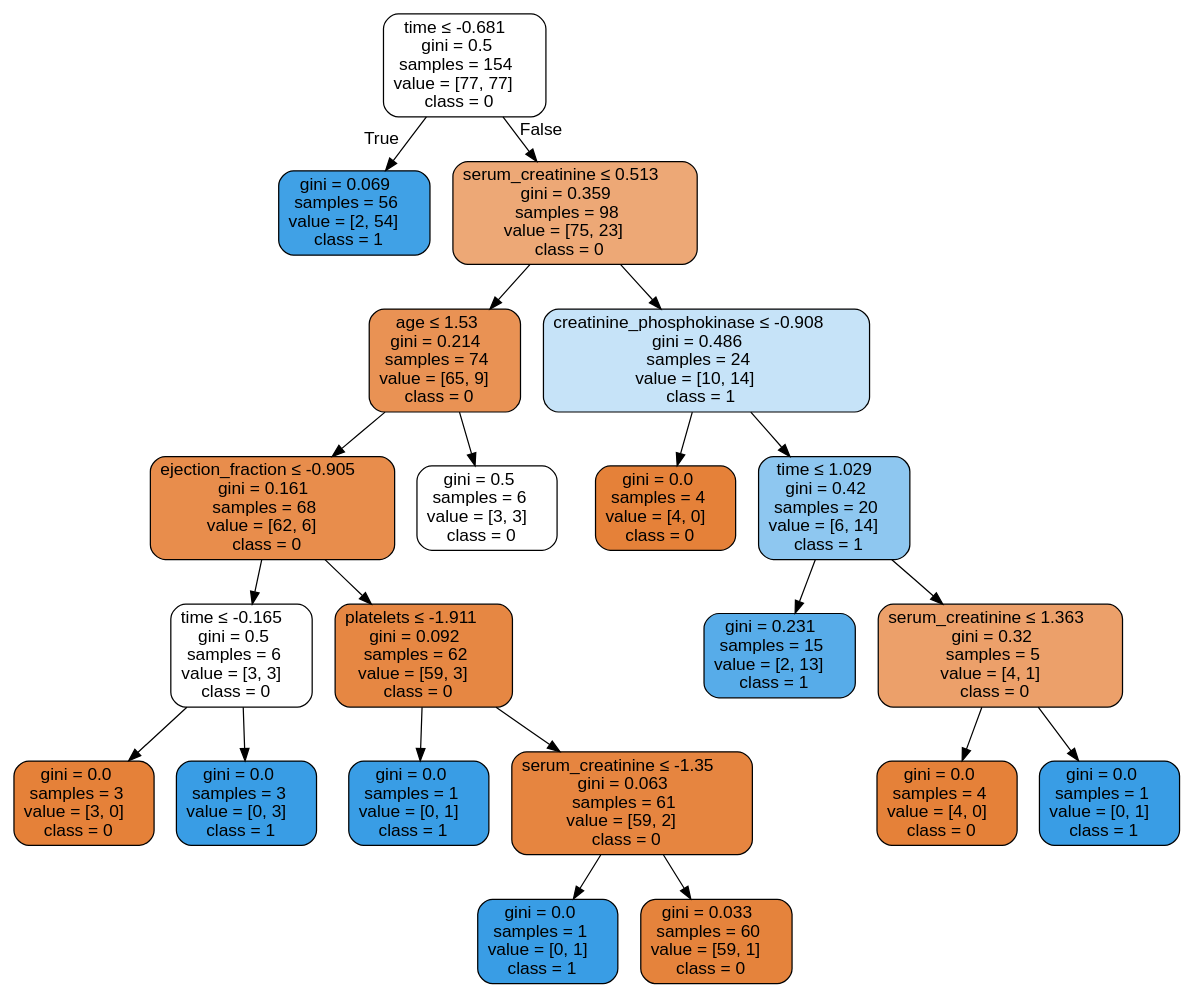
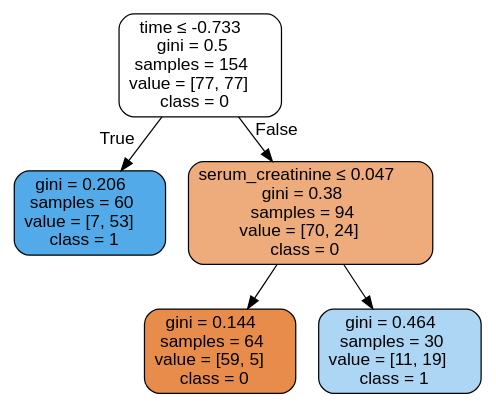
Before and after one commit to isabelSoares/CD-2021: the diagram in Labs/Results/DecisionTrees/UnderSample/HFCR - UnderSample - dtree.dot, drawn with Graphviz. The commit also changed 43 other files, not shown here.

```diff
--- a/Labs/Results/DecisionTrees/UnderSample/HFCR - UnderSample - dtree.dot
+++ b/Labs/Results/DecisionTrees/UnderSample/HFCR - UnderSample - dtree.dot
@@ -1,45 +1,13 @@
 digraph Tree {
 node [shape=box, style="filled, rounded", color="black", fontname=helvetica] ;
 edge [fontname=helvetica] ;
-0 [label=<time &le; -0.681<br/>gini = 0.5<br/>samples = 154<br/>value = [77, 77]<br/>class = 0>, fillcolor="#ffffff"] ;
-1 [label=<gini = 0.069<br/>samples = 56<br/>value = [2, 54]<br/>class = 1>, fillcolor="#40a1e6"] ;
+0 [label=<time &le; -0.733<br/>gini = 0.5<br/>samples = 154<br/>value = [77, 77]<br/>class = 0>, fillcolor="#ffffff"] ;
+1 [label=<gini = 0.206<br/>samples = 60<br/>value = [7, 53]<br/>class = 1>, fillcolor="#53aae8"] ;
 0 -> 1 [labeldistance=2.5, labelangle=45, headlabel="True"] ;
-2 [label=<serum_creatinine &le; 0.513<br/>gini = 0.359<br/>samples = 98<br/>value = [75, 23]<br/>class = 0>, fillcolor="#eda876"] ;
+2 [label=<serum_creatinine &le; 0.047<br/>gini = 0.38<br/>samples = 94<br/>value = [70, 24]<br/>class = 0>, fillcolor="#eeac7d"] ;
 0 -> 2 [labeldistance=2.5, labelangle=-45, headlabel="False"] ;
-3 [label=<age &le; 1.53<br/>gini = 0.214<br/>samples = 74<br/>value = [65, 9]<br/>class = 0>, fillcolor="#e99254"] ;
+3 [label=<gini = 0.144<br/>samples = 64<br/>value = [59, 5]<br/>class = 0>, fillcolor="#e78c4a"] ;
 2 -> 3 ;
-4 [label=<ejection_fraction &le; -0.905<br/>gini = 0.161<br/>samples = 68<br/>value = [62, 6]<br/>class = 0>, fillcolor="#e88d4c"] ;
-3 -> 4 ;
-5 [label=<time &le; -0.165<br/>gini = 0.5<br/>samples = 6<br/>value = [3, 3]<br/>class = 0>, fillcolor="#ffffff"] ;
-4 -> 5 ;
-6 [label=<gini = 0.0<br/>samples = 3<br/>value = [3, 0]<br/>class = 0>, fillcolor="#e58139"] ;
-5 -> 6 ;
-7 [label=<gini = 0.0<br/>samples = 3<br/>value = [0, 3]<br/>class = 1>, fillcolor="#399de5"] ;
-5 -> 7 ;
-8 [label=<platelets &le; -1.911<br/>gini = 0.092<br/>samples = 62<br/>value = [59, 3]<br/>class = 0>, fillcolor="#e68743"] ;
-4 -> 8 ;
-9 [label=<gini = 0.0<br/>samples = 1<br/>value = [0, 1]<br/>class = 1>, fillcolor="#399de5"] ;
-8 -> 9 ;
-10 [label=<serum_creatinine &le; -1.35<br/>gini = 0.063<br/>samples = 61<br/>value = [59, 2]<br/>class = 0>, fillcolor="#e68540"] ;
-8 -> 10 ;
-11 [label=<gini = 0.0<br/>samples = 1<br/>value = [0, 1]<br/>class = 1>, fillcolor="#399de5"] ;
-10 -> 11 ;
-12 [label=<gini = 0.033<br/>samples = 60<br/>value = [59, 1]<br/>class = 0>, fillcolor="#e5833c"] ;
-10 -> 12 ;
-13 [label=<gini = 0.5<br/>samples = 6<br/>value = [3, 3]<br/>class = 0>, fillcolor="#ffffff"] ;
-3 -> 13 ;
-14 [label=<creatinine_phosphokinase &le; -0.908<br/>gini = 0.486<br/>samples = 24<br/>value = [10, 14]<br/>class = 1>, fillcolor="#c6e3f8"] ;
-2 -> 14 ;
-15 [label=<gini = 0.0<br/>samples = 4<br/>value = [4, 0]<br/>class = 0>, fillcolor="#e58139"] ;
-14 -> 15 ;
-16 [label=<time &le; 1.029<br/>gini = 0.42<br/>samples = 20<br/>value = [6, 14]<br/>class = 1>, fillcolor="#8ec7f0"] ;
-14 -> 16 ;
-17 [label=<gini = 0.231<br/>samples = 15<br/>value = [2, 13]<br/>class = 1>, fillcolor="#57ace9"] ;
-16 -> 17 ;
-18 [label=<serum_creatinine &le; 1.363<br/>gini = 0.32<br/>samples = 5<br/>value = [4, 1]<br/>class = 0>, fillcolor="#eca06a"] ;
-16 -> 18 ;
-19 [label=<gini = 0.0<br/>samples = 4<br/>value = [4, 0]<br/>class = 0>, fillcolor="#e58139"] ;
-18 -> 19 ;
-20 [label=<gini = 0.0<br/>samples = 1<br/>value = [0, 1]<br/>class = 1>, fillcolor="#399de5"] ;
-18 -> 20 ;
+4 [label=<gini = 0.464<br/>samples = 30<br/>value = [11, 19]<br/>class = 1>, fillcolor="#acd6f4"] ;
+2 -> 4 ;
 }
```
